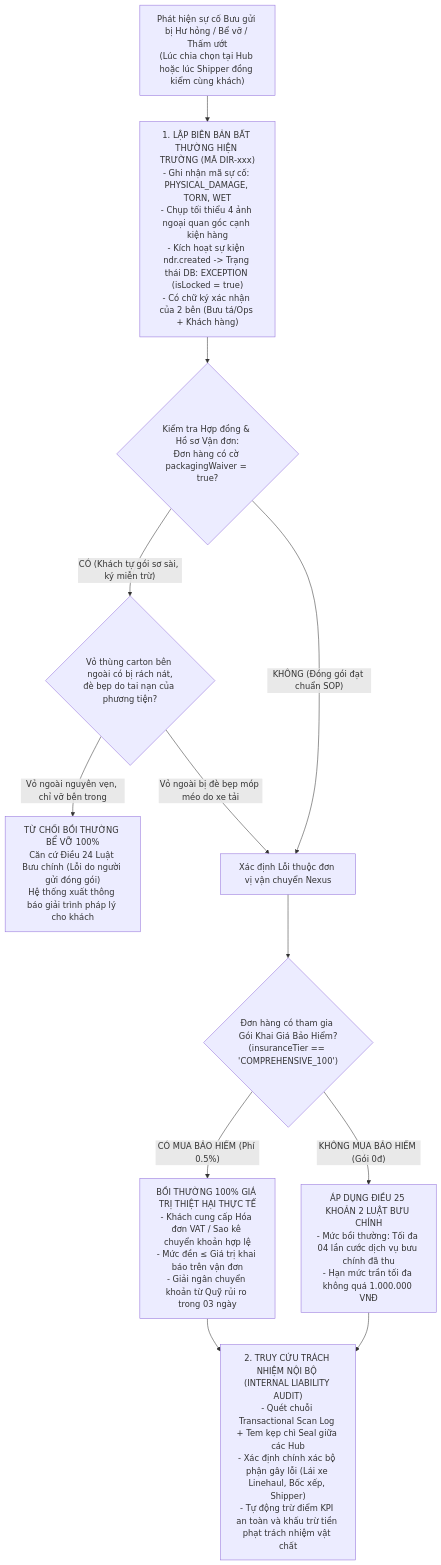
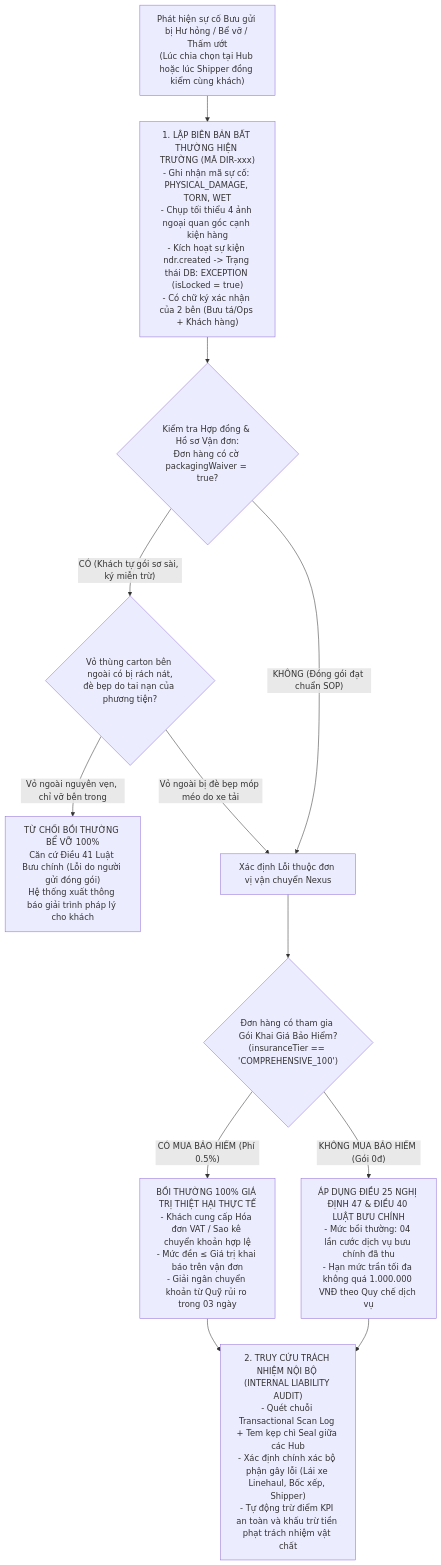
One commit to VoVanTuTai/logistics-management-system changed diagram 15 of 23 in README.md. Above: the diagram before and after it, drawn with Mermaid. The commit also changed other lines of this file and 25 other files, not shown here.

````diff
--- a/README.md
+++ b/README.md
@@ -694,22 +694,22 @@
 ```mermaid
 flowchart TD
     DISCOVER["Phát hiện sự cố Bưu gửi bị Hư hỏng / Bể vỡ / Thấm ướt<br/>(Lúc chia chọn tại Hub hoặc lúc Shipper đồng kiểm cùng khách)"] --> REPORT_DIR["1. LẬP BIÊN BẢN BẤT THƯỜNG HIỆN TRƯỜNG (MÃ DIR-xxx)<br/>- Ghi nhận mã sự cố: PHYSICAL_DAMAGE, TORN, WET<br/>- Chụp tối thiểu 4 ảnh ngoại quan góc cạnh kiện hàng<br/>- Kích hoạt sự kiện ndr.created -> Trạng thái DB: EXCEPTION (isLocked = true)<br/>- Có chữ ký xác nhận của 2 bên (Bưu tá/Ops + Khách hàng)"]
 
     REPORT_DIR --> AUDIT_WAIVER{"Kiểm tra Hợp đồng & Hồ sơ Vận đơn:<br/>Đơn hàng có cờ packagingWaiver = true?"}
 
     AUDIT_WAIVER -- "CÓ (Khách tự gói sơ sài, ký miễn trừ)" --> CHECK_OUTER{"Vỏ thùng carton bên ngoài có bị rách nát,<br/>đè bẹp do tai nạn của phương tiện?"}
     
-    CHECK_OUTER -- "Vỏ ngoài nguyên vẹn, chỉ vỡ bên trong" --> REJECT_CLAIM["TỪ CHỐI BỒI THƯỜNG BỂ VỠ 100%<br/>Căn cứ Điều 24 Luật Bưu chính (Lỗi do người gửi đóng gói)<br/>Hệ thống xuất thông báo giải trình pháp lý cho khách"]
+    CHECK_OUTER -- "Vỏ ngoài nguyên vẹn, chỉ vỡ bên trong" --> REJECT_CLAIM["TỪ CHỐI BỒI THƯỜNG BỂ VỠ 100%<br/>Căn cứ Điều 41 Luật Bưu chính (Lỗi do người gửi đóng gói)<br/>Hệ thống xuất thông báo giải trình pháp lý cho khách"]
     CHECK_OUTER -- "Vỏ ngoài bị đè bẹp móp méo do xe tải" --> LIABILITY_CARRIER["Xác định Lỗi thuộc đơn vị vận chuyển Nexus"]
 
     AUDIT_WAIVER -- "KHÔNG (Đóng gói đạt chuẩn SOP)" --> LIABILITY_CARRIER
 
     LIABILITY_CARRIER --> CHECK_INSURANCE{"Đơn hàng có tham gia Gói Khai Giá Bảo Hiểm?<br/>(insuranceTier == 'COMPREHENSIVE_100')"}
 
     CHECK_INSURANCE -- "CÓ MUA BẢO HIỂM (Phí 0.5%)" --> CLAIM_100["BỒI THƯỜNG 100% GIÁ TRỊ THIỆT HẠI THỰC TẾ<br/>- Khách cung cấp Hóa đơn VAT / Sao kê chuyển khoản hợp lệ<br/>- Mức đền &le; Giá trị khai báo trên vận đơn<br/>- Giải ngân chuyển khoản từ Quỹ rủi ro trong 03 ngày"]
 
-    CHECK_INSURANCE -- "KHÔNG MUA BẢO HIỂM (Gói 0đ)" --> CLAIM_LAW["ÁP DỤNG ĐIỀU 25 KHOẢN 2 LUẬT BƯU CHÍNH<br/>- Mức bồi thường: Tối đa 04 lần cước dịch vụ bưu chính đã thu<br/>- Hạn mức trần tối đa không quá 1.000.000 VNĐ"]
+    CHECK_INSURANCE -- "KHÔNG MUA BẢO HIỂM (Gói 0đ)" --> CLAIM_LAW["ÁP DỤNG ĐIỀU 25 NGHỊ ĐỊNH 47 &amp; ĐIỀU 40 LUẬT BƯU CHÍNH<br/>- Mức bồi thường: 04 lần cước dịch vụ bưu chính đã thu<br/>- Hạn mức trần tối đa không quá 1.000.000 VNĐ theo Quy chế dịch vụ"]
 
     CLAIM_100 --> INTERNAL_AUDIT["2. TRUY CỨU TRÁCH NHIỆM NỘI BỘ (INTERNAL LIABILITY AUDIT)<br/>- Quét chuỗi Transactional Scan Log + Tem kẹp chì Seal giữa các Hub<br/>- Xác định chính xác bộ phận gây lỗi (Lái xe Linehaul, Bốc xếp, Shipper)<br/>- Tự động trừ điểm KPI an toàn và khấu trừ tiền phạt trách nhiệm vật chất"]
     CLAIM_LAW --> INTERNAL_AUDIT
 ```
````
